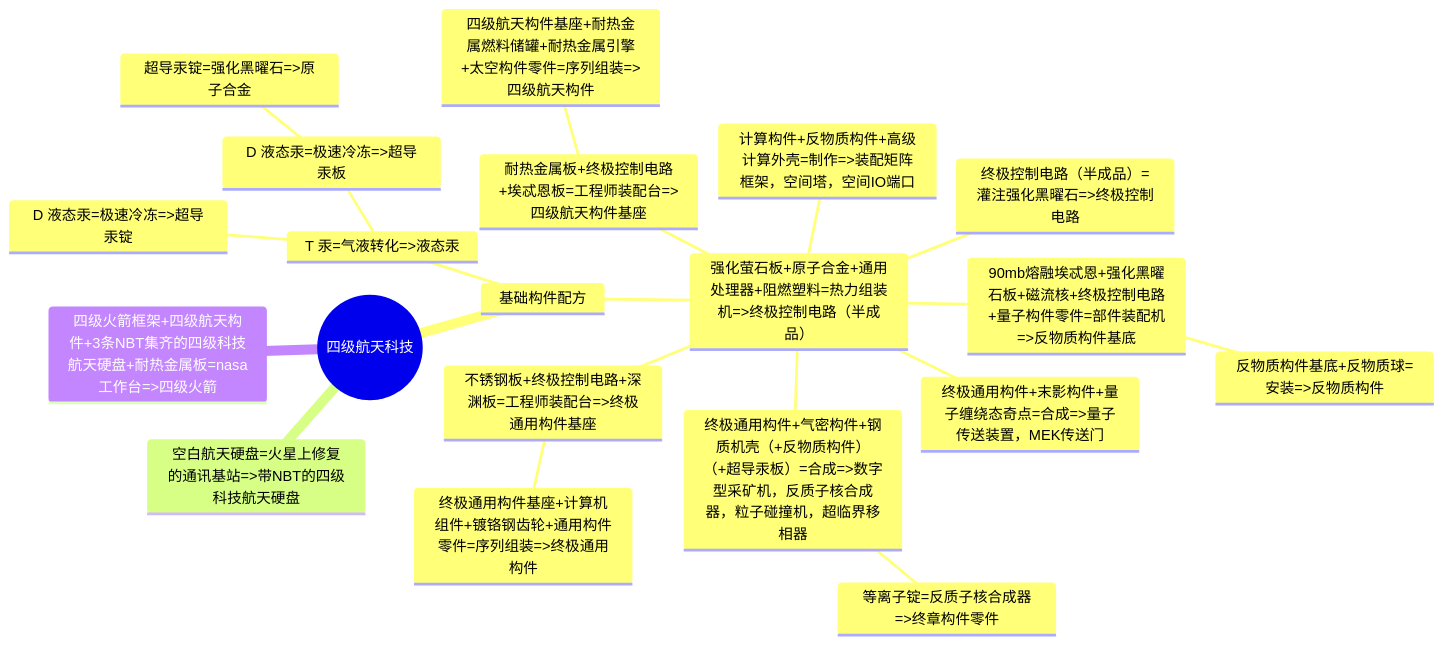
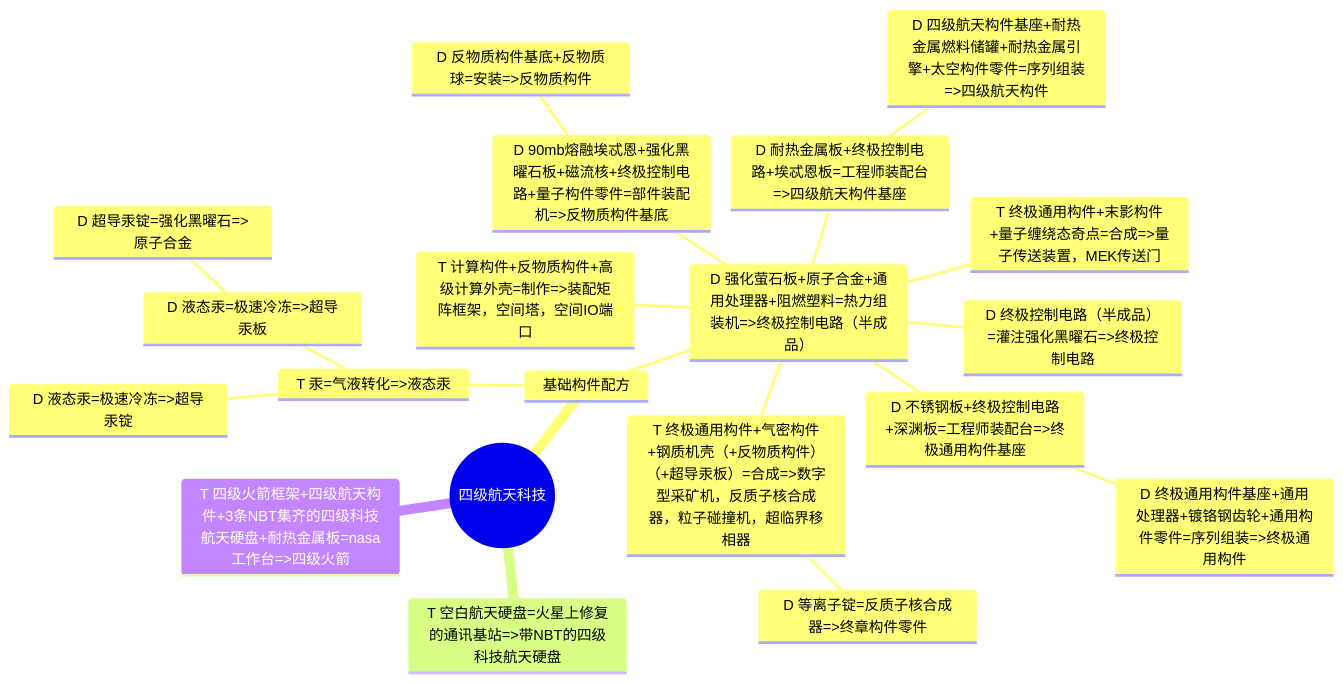
The fourth of 4 diagrams in Developer/TechTreeMap.md (VechniMetel/CodeNameCIM2), drawn with Mermaid before and after one commit. The commit also changed 53 other files, not shown here.

````diff
--- a/Developer/TechTreeMap.md
+++ b/Developer/TechTreeMap.md
@@ -113,23 +113,23 @@
 ``` mermaid
 mindmap
     root((四级航天科技))
         基础构件配方
             T 汞=气液转化=>液态汞
                 D 液态汞=极速冷冻=>超导汞锭
                 D 液态汞=极速冷冻=>超导汞板
-                    超导汞锭=强化黑曜石=>原子合金
-            强化萤石板+原子合金+通用处理器+阻燃塑料=热力组装机=>终极控制电路（半成品）
-                终极控制电路（半成品）=灌注强化黑曜石=>终极控制电路
-                耐热金属板+终极控制电路+埃忒恩板=工程师装配台=>四级航天构件基座
-                    四级航天构件基座+耐热金属燃料储罐+耐热金属引擎+太空构件零件=序列组装=>四级航天构件
-                不锈钢板+终极控制电路+深渊板=工程师装配台=>终极通用构件基座
-                    终极通用构件基座+计算机组件+镀铬钢齿轮+通用构件零件=序列组装=>终极通用构件
-                90mb熔融埃忒恩+强化黑曜石板+磁流核+终极控制电路+量子构件零件=部件装配机=>反物质构件基底
-                    反物质构件基底+反物质球=安装=>反物质构件
-                终极通用构件+气密构件+钢质机壳（+反物质构件）（+超导汞板）=合成=>数字型采矿机，反质子核合成器，粒子碰撞机，超临界移相器
-                    等离子锭=反质子核合成器=>终章构件零件
-                终极通用构件+末影构件+量子缠绕态奇点=合成=>量子传送装置，MEK传送门
-                计算构件+反物质构件+高级计算外壳=制作=>装配矩阵框架，空间塔，空间IO端口
-        空白航天硬盘=火星上修复的通讯基站=>带NBT的四级科技航天硬盘
-        四级火箭框架+四级航天构件+3条NBT集齐的四级科技航天硬盘+耐热金属板=nasa工作台=>四级火箭
+                    D 超导汞锭=强化黑曜石=>原子合金
+            D 强化萤石板+原子合金+通用处理器+阻燃塑料=热力组装机=>终极控制电路（半成品）
+                D 终极控制电路（半成品）=灌注强化黑曜石=>终极控制电路
+                D 耐热金属板+终极控制电路+埃忒恩板=工程师装配台=>四级航天构件基座
+                    D 四级航天构件基座+耐热金属燃料储罐+耐热金属引擎+太空构件零件=序列组装=>四级航天构件
+                D 不锈钢板+终极控制电路+深渊板=工程师装配台=>终极通用构件基座
+                    D 终极通用构件基座+通用处理器+镀铬钢齿轮+通用构件零件=序列组装=>终极通用构件
+                D 90mb熔融埃忒恩+强化黑曜石板+磁流核+终极控制电路+量子构件零件=部件装配机=>反物质构件基底
+                    D 反物质构件基底+反物质球=安装=>反物质构件
+                T 终极通用构件+气密构件+钢质机壳（+反物质构件）（+超导汞板）=合成=>数字型采矿机，反质子核合成器，粒子碰撞机，超临界移相器
+                    D 等离子锭=反质子核合成器=>终章构件零件
+                T 终极通用构件+末影构件+量子缠绕态奇点=合成=>量子传送装置，MEK传送门
+                T 计算构件+反物质构件+高级计算外壳=制作=>装配矩阵框架，空间塔，空间IO端口
+        T 空白航天硬盘=火星上修复的通讯基站=>带NBT的四级科技航天硬盘
+        T 四级火箭框架+四级航天构件+3条NBT集齐的四级科技航天硬盘+耐热金属板=nasa工作台=>四级火箭
 ```
````
